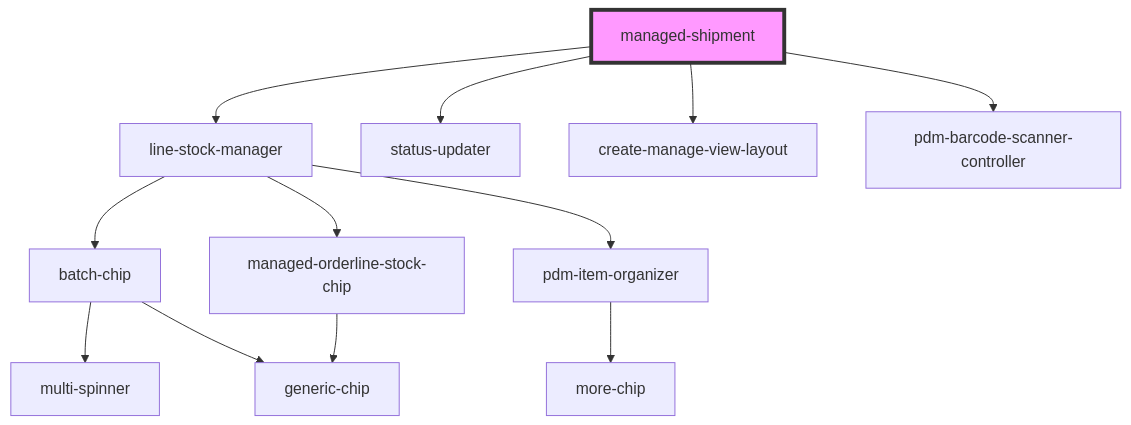
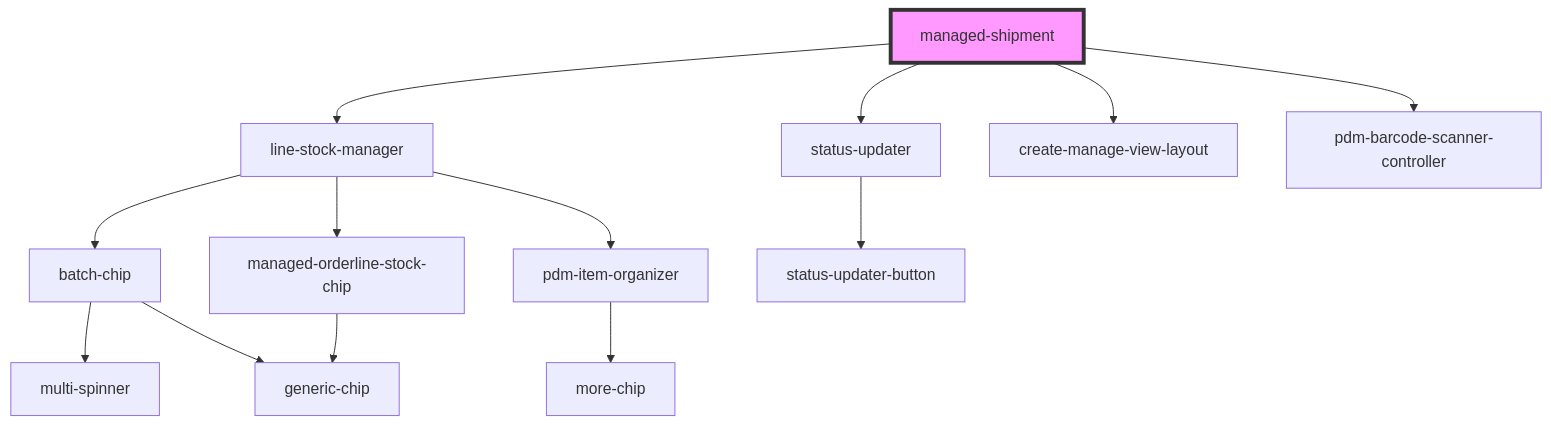
One commit to PharmaLedger-IMI/fgt-workspace changed the diagram in pdm-web-components/src/components/managed-shipment/readme.md. Above: the diagram before and after it, drawn with Mermaid. The commit also changed 8 other files, not shown here.

````diff
--- a/pdm-web-components/src/components/managed-shipment/readme.md
+++ b/pdm-web-components/src/components/managed-shipment/readme.md
@@ -97,15 +97,16 @@
 ```mermaid
 graph TD;
   managed-shipment --> line-stock-manager
   managed-shipment --> status-updater
   managed-shipment --> create-manage-view-layout
   managed-shipment --> pdm-barcode-scanner-controller
   line-stock-manager --> batch-chip
   line-stock-manager --> managed-orderline-stock-chip
   line-stock-manager --> pdm-item-organizer
   batch-chip --> multi-spinner
   batch-chip --> generic-chip
   managed-orderline-stock-chip --> generic-chip
   pdm-item-organizer --> more-chip
+  status-updater --> status-updater-button
   style managed-shipment fill:#f9f,stroke:#333,stroke-width:4px
 ```
````
